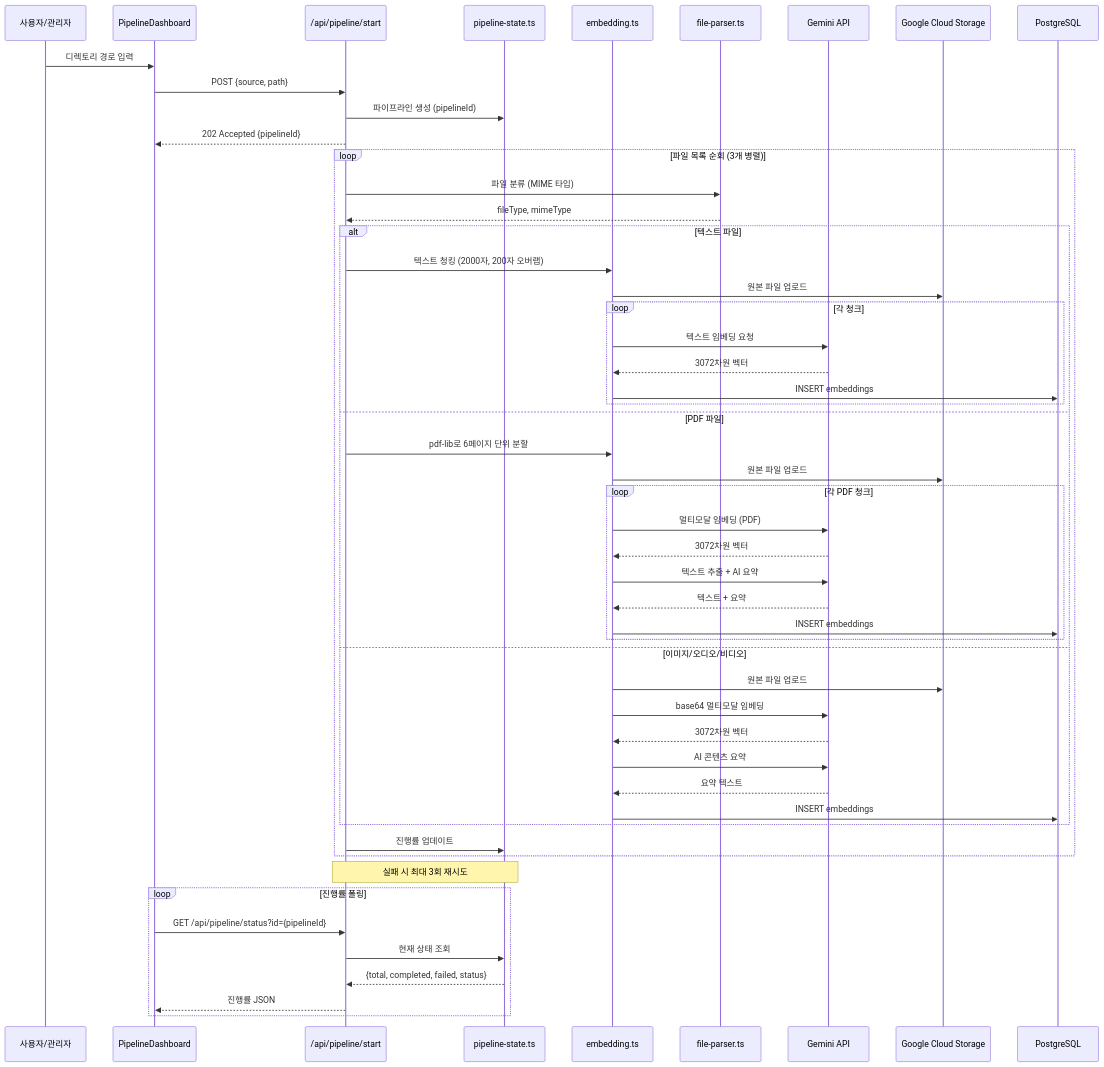
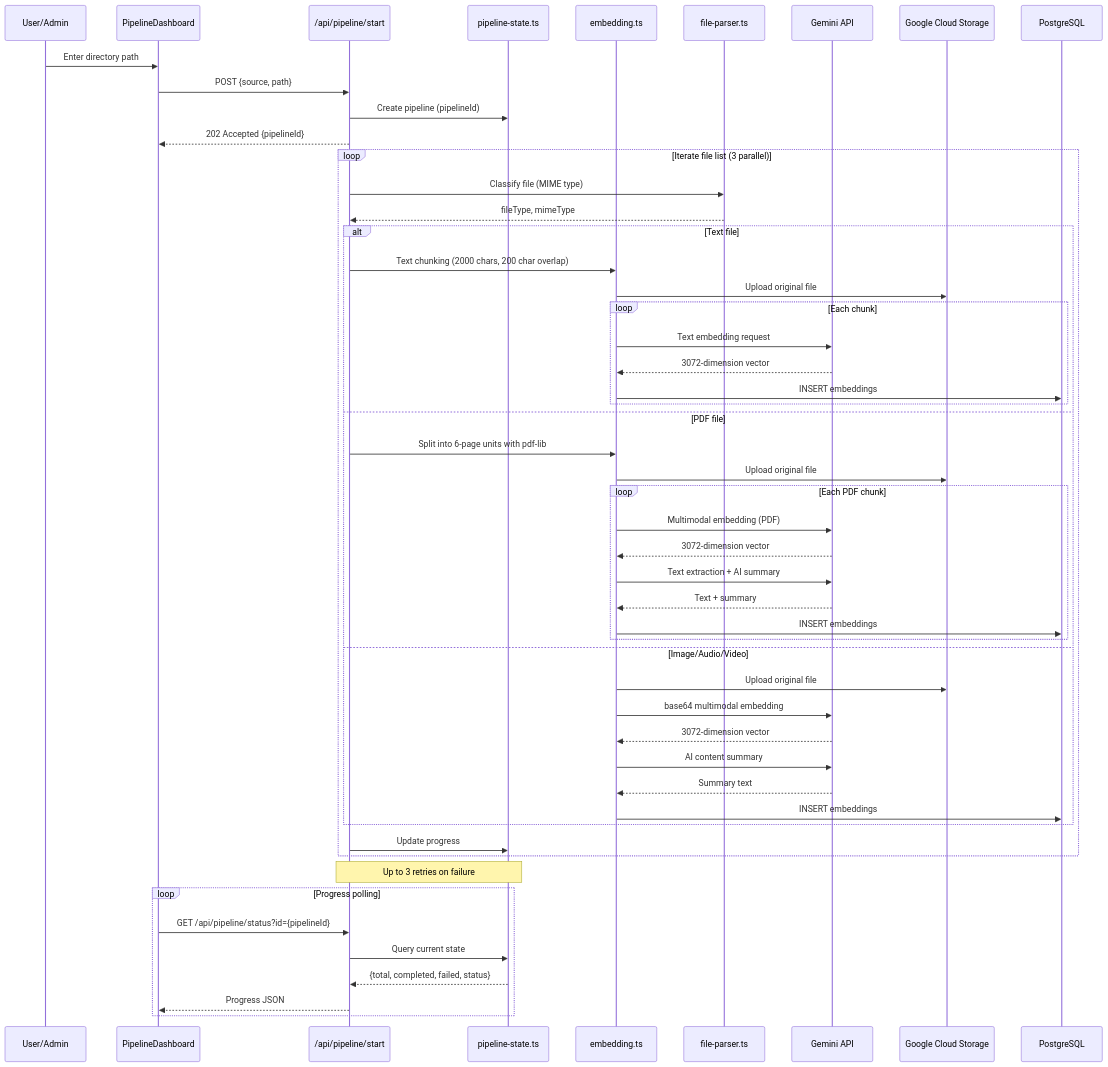
One commit to midasol/gemini-embedding-2 changed the third of 12 diagrams in docs/ko/ARCHITECTURE.md. Above: the diagram before and after it, drawn with Mermaid. The commit also changed other lines of this file and 17 other files, not shown here.

````diff
--- a/docs/ko/ARCHITECTURE.md
+++ b/docs/ko/ARCHITECTURE.md
@@ -118,60 +118,60 @@
 ```mermaid
 sequenceDiagram
-    participant User as 사용자/관리자
+    participant User as User/Admin
     participant UI as PipelineDashboard
     participant API as /api/pipeline/start
     participant State as pipeline-state.ts
     participant Embed as embedding.ts
     participant Parser as file-parser.ts
     participant Gemini as Gemini API
     participant GCS as Google Cloud Storage
     participant DB as PostgreSQL
 
-    User->>UI: 디렉토리 경로 입력
+    User->>UI: Enter directory path
     UI->>API: POST {source, path}
-    API->>State: 파이프라인 생성 (pipelineId)
+    API->>State: Create pipeline (pipelineId)
     API-->>UI: 202 Accepted {pipelineId}
 
-    loop 파일 목록 순회 (3개 병렬)
-        API->>Parser: 파일 분류 (MIME 타입)
+    loop Iterate file list (3 parallel)
+        API->>Parser: Classify file (MIME type)
         Parser-->>API: fileType, mimeType
 
-        alt 텍스트 파일
-            API->>Embed: 텍스트 청킹 (2000자, 200자 오버랩)
-            Embed->>GCS: 원본 파일 업로드
-            loop 각 청크
-                Embed->>Gemini: 텍스트 임베딩 요청
-                Gemini-->>Embed: 3072차원 벡터
+        alt Text file
+            API->>Embed: Text chunking (2000 chars, 200 char overlap)
+            Embed->>GCS: Upload original file
+            loop Each chunk
+                Embed->>Gemini: Text embedding request
+                Gemini-->>Embed: 3072-dimension vector
                 Embed->>DB: INSERT embeddings
             end
-        else PDF 파일
-            API->>Embed: pdf-lib로 6페이지 단위 분할
-            Embed->>GCS: 원본 파일 업로드
-            loop 각 PDF 청크
-                Embed->>Gemini: 멀티모달 임베딩 (PDF)
-                Gemini-->>Embed: 3072차원 벡터
-                Embed->>Gemini: 텍스트 추출 + AI 요약
-                Gemini-->>Embed: 텍스트 + 요약
+        else PDF file
+            API->>Embed: Split into 6-page units with pdf-lib
+            Embed->>GCS: Upload original file
+            loop Each PDF chunk
+                Embed->>Gemini: Multimodal embedding (PDF)
+                Gemini-->>Embed: 3072-dimension vector
+                Embed->>Gemini: Text extraction + AI summary
+                Gemini-->>Embed: Text + summary
                 Embed->>DB: INSERT embeddings
             end
-        else 이미지/오디오/비디오
-            Embed->>GCS: 원본 파일 업로드
-            Embed->>Gemini: base64 멀티모달 임베딩
-            Gemini-->>Embed: 3072차원 벡터
-            Embed->>Gemini: AI 콘텐츠 요약
-            Gemini-->>Embed: 요약 텍스트
+        else Image/Audio/Video
+            Embed->>GCS: Upload original file
+            Embed->>Gemini: base64 multimodal embedding
+            Gemini-->>Embed: 3072-dimension vector
+            Embed->>Gemini: AI content summary
+            Gemini-->>Embed: Summary text
             Embed->>DB: INSERT embeddings
         end
 
-        API->>State: 진행률 업데이트
+        API->>State: Update progress
     end
 
-    Note over API,State: 실패 시 최대 3회 재시도
+    Note over API,State: Up to 3 retries on failure
 
-    loop 진행률 폴링
+    loop Progress polling
         UI->>API: GET /api/pipeline/status?id={pipelineId}
-        API->>State: 현재 상태 조회
+        API->>State: Query current state
         State-->>API: {total, completed, failed, status}
-        API-->>UI: 진행률 JSON
+        API-->>UI: Progress JSON
     end
 ```
````
